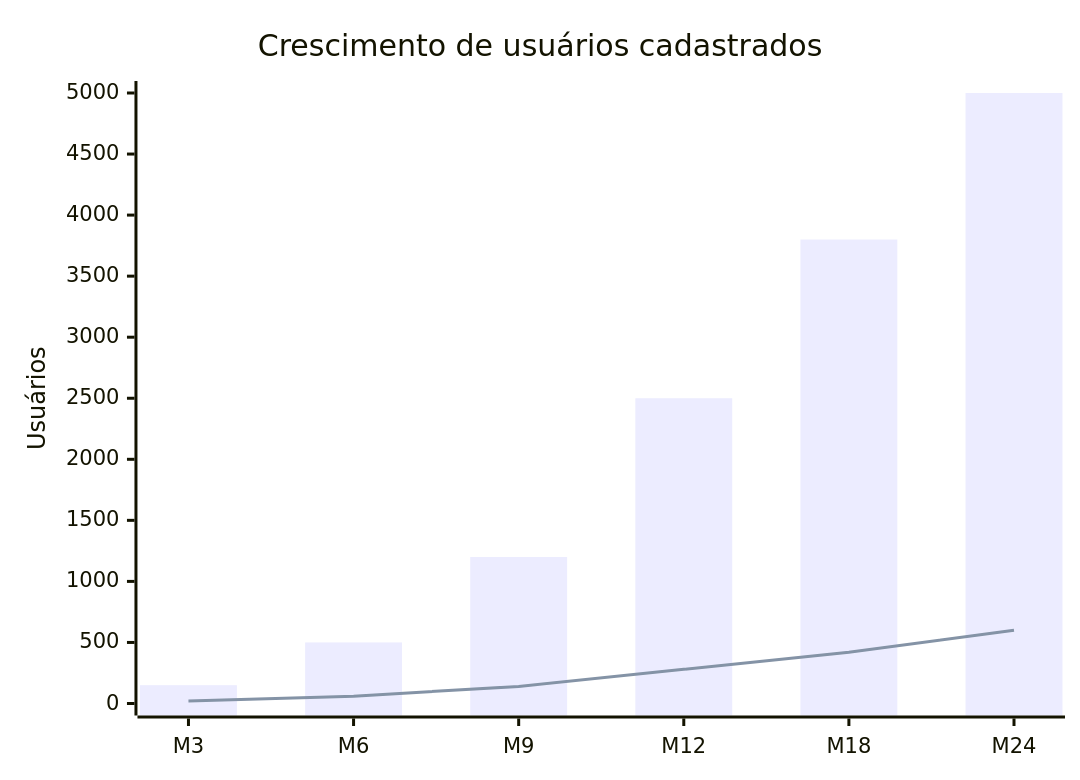
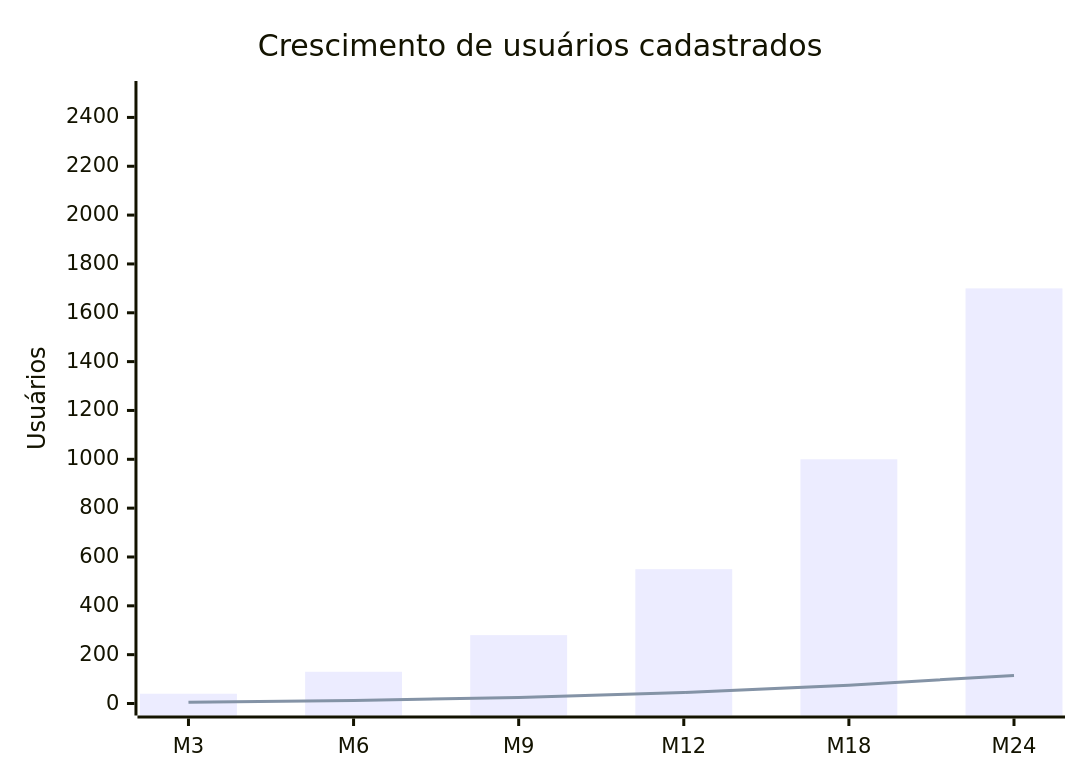
The eighth of 17 diagrams in docs/plano_negocios_detalhado.md (LucasSousaAl/VoluntariApp), drawn with Mermaid before and after one commit. The commit also changed other lines of this file, not shown here.

````diff
--- a/docs/plano_negocios_detalhado.md
+++ b/docs/plano_negocios_detalhado.md
@@ -394,8 +394,8 @@
 ```mermaid
 xychart-beta
     title "Crescimento de usuários cadastrados"
     x-axis [M3, M6, M9, M12, M18, M24]
-    y-axis "Usuários" 0 --> 5000
-    bar [150, 500, 1200, 2500, 3800, 5000]
-    line [20, 60, 140, 280, 420, 600]
+    y-axis "Usuários" 0 --> 2500
+    bar [40, 130, 280, 550, 1000, 1700]
+    line [5, 12, 25, 45, 75, 115]
 ```
````
